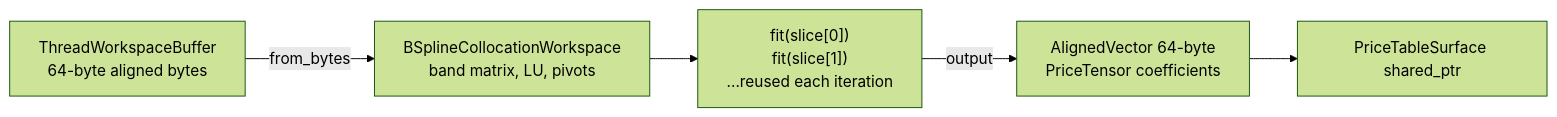
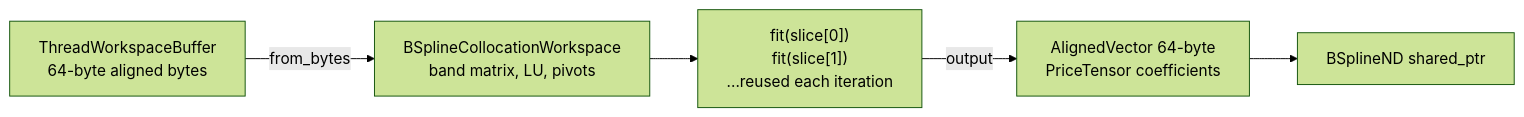
The fourth of 4 diagrams in docs/ARCHITECTURE.md (accelas/mango-option), drawn with Mermaid (forest theme) before and after one commit. The commit also changed other lines of this file and 5 other files, not shown here.

````diff
--- a/docs/ARCHITECTURE.md
+++ b/docs/ARCHITECTURE.md
@@ -327,7 +336,7 @@
 ```mermaid
 graph LR
     TWB[ThreadWorkspaceBuffer<br/>64-byte aligned bytes] -->|from_bytes| BSW[BSplineCollocationWorkspace<br/>band matrix, LU, pivots]
     BSW --> FIT["fit(slice[0])<br/>fit(slice[1])<br/>...reused each iteration"]
     FIT -->|output| AV[AlignedVector 64-byte<br/>PriceTensor coefficients]
-    AV --> SURF[PriceTableSurface shared_ptr]
+    AV --> SURF[BSplineND shared_ptr]
 ```
````
